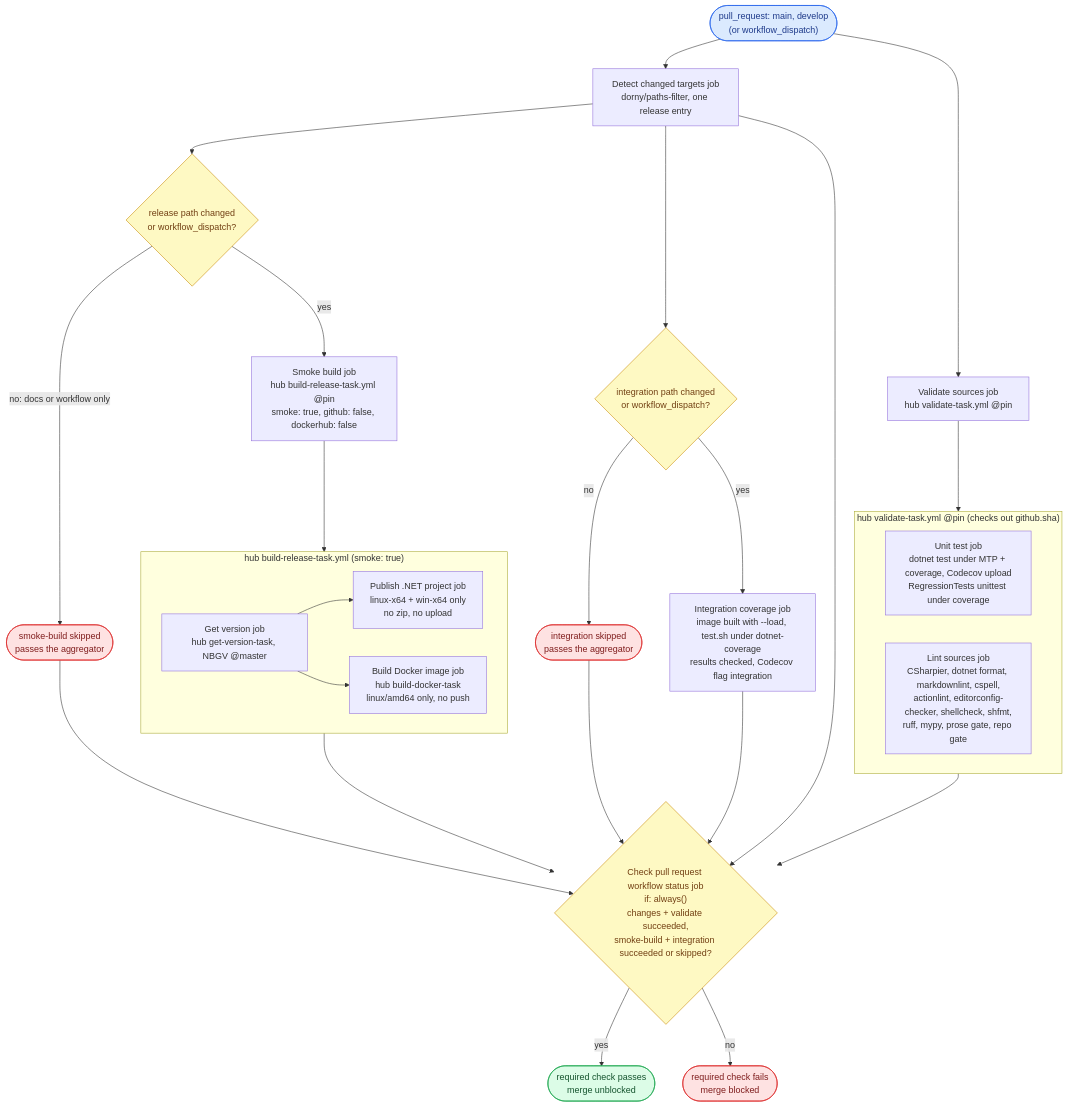
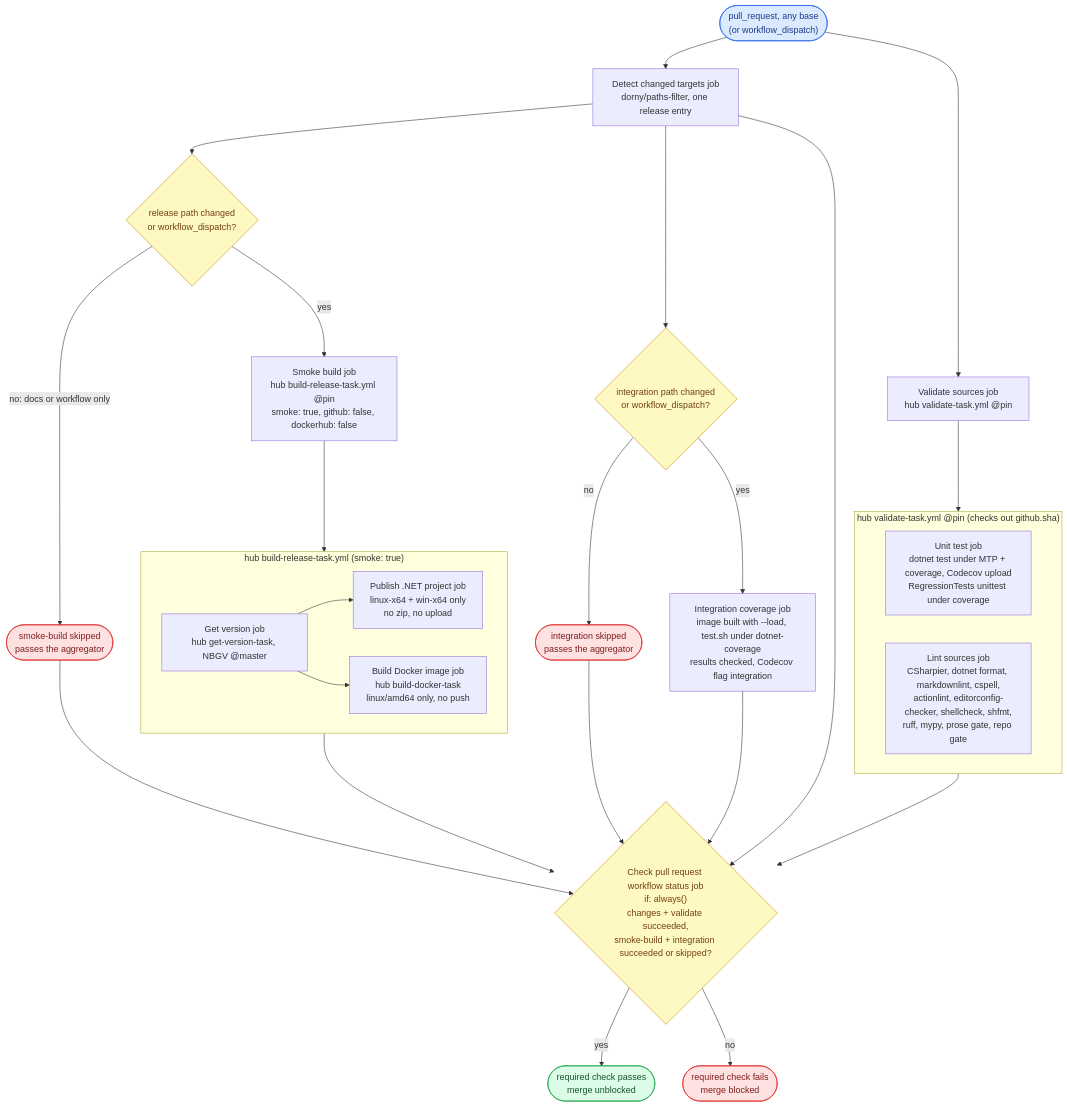
Before and after one commit to ptr727/PlexCleaner: the first of 3 diagrams in WORKFLOW.md, drawn with Mermaid. The commit also changed other lines of this file, not shown here.

Commit message:
Update the CI Flowchart and D1 Audit Check for the Trigger Change

````diff
--- a/WORKFLOW.md
+++ b/WORKFLOW.md
@@ -223,35 +223,35 @@
 ```mermaid
 flowchart TD
-    T(["pull_request: main, develop<br/>(or workflow_dispatch)"]):::trig
+    T(["pull_request, any base<br/>(or workflow_dispatch)"]):::trig
     T --> C["Detect changed targets job<br/>dorny/paths-filter, one release entry"]
     T --> V["Validate sources job<br/>hub validate-task.yml @pin"]
     C --> F{"release path changed<br/>or workflow_dispatch?"}:::gate
     F -- "no: docs or workflow only" --> SK(["smoke-build skipped<br/>passes the aggregator"]):::stop
     F -- "yes" --> S["Smoke build job<br/>hub build-release-task.yml @pin<br/>smoke: true, github: false, dockerhub: false"]
     C --> FI{"integration path changed<br/>or workflow_dispatch?"}:::gate
     FI -- "no" --> ISK(["integration skipped<br/>passes the aggregator"]):::stop
     FI -- "yes" --> I["Integration coverage job<br/>image built with --load, test.sh under dotnet-coverage<br/>results checked, Codecov flag integration"]
     subgraph VT ["hub validate-task.yml @pin (checks out github.sha)"]
         U["Unit test job<br/>dotnet test under MTP + coverage, Codecov upload<br/>RegressionTests unittest under coverage"]
         L["Lint sources job<br/>CSharpier, dotnet format, markdownlint, cspell,<br/>actionlint, editorconfig-checker, shellcheck, shfmt,<br/>ruff, mypy, prose gate, repo gate"]
     end
     V --> VT
     subgraph BRTS ["hub build-release-task.yml (smoke: true)"]
         GVS["Get version job<br/>hub get-version-task, NBGV @master"] --> SE["Publish .NET project job<br/>linux-x64 + win-x64 only<br/>no zip, no upload"]
         GVS --> SD["Build Docker image job<br/>hub build-docker-task<br/>linux/amd64 only, no push"]
     end
     S --> BRTS
     C --> A
     VT --> A
     BRTS --> A
     SK --> A
     I --> A
     ISK --> A
     A{"Check pull request workflow status job<br/>if: always()<br/>changes + validate succeeded,<br/>smoke-build + integration succeeded or skipped?"}:::gate
     A -- "yes" --> G(["required check passes<br/>merge unblocked"]):::pub
     A -- "no" --> R(["required check fails<br/>merge blocked"]):::stop
     classDef trig fill:#dbeafe,stroke:#2563eb,color:#1e3a8a
     classDef gate fill:#fef9c3,stroke:#ca8a04,color:#713f12
     classDef pub fill:#dcfce7,stroke:#16a34a,color:#14532d
     classDef stop fill:#fee2e2,stroke:#dc2626,color:#7f1d1d
 ```
````
